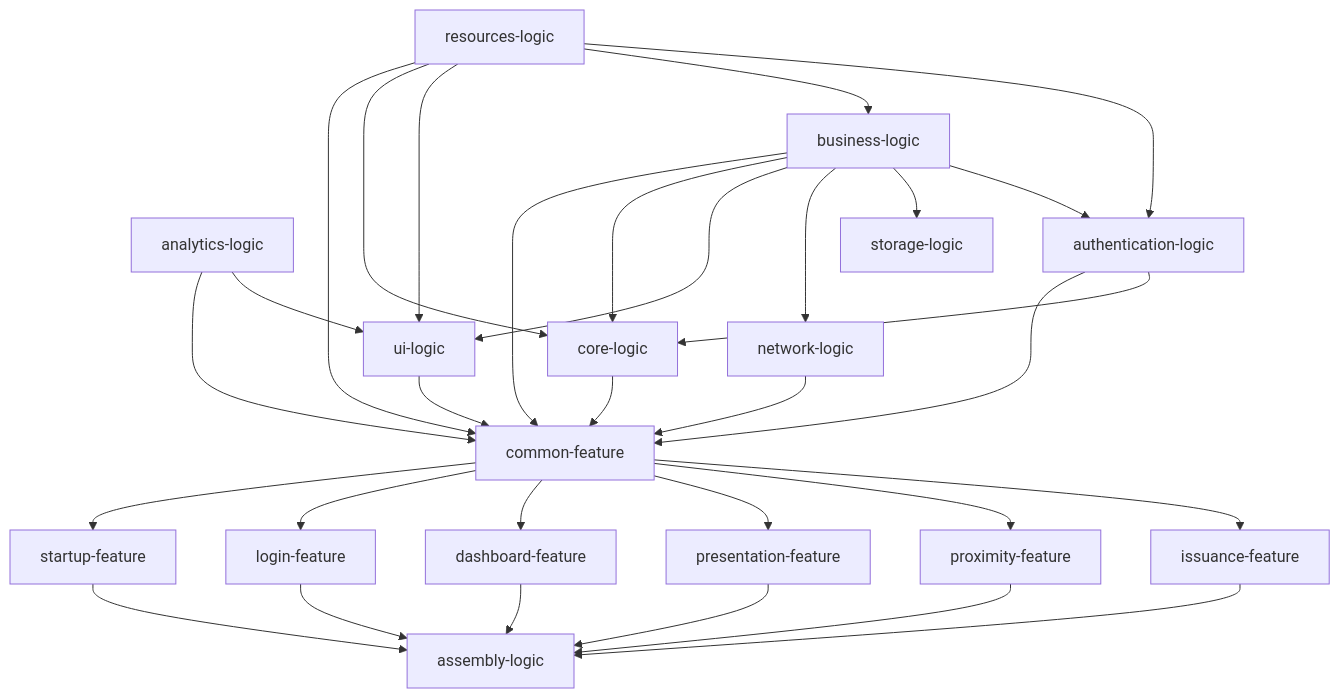
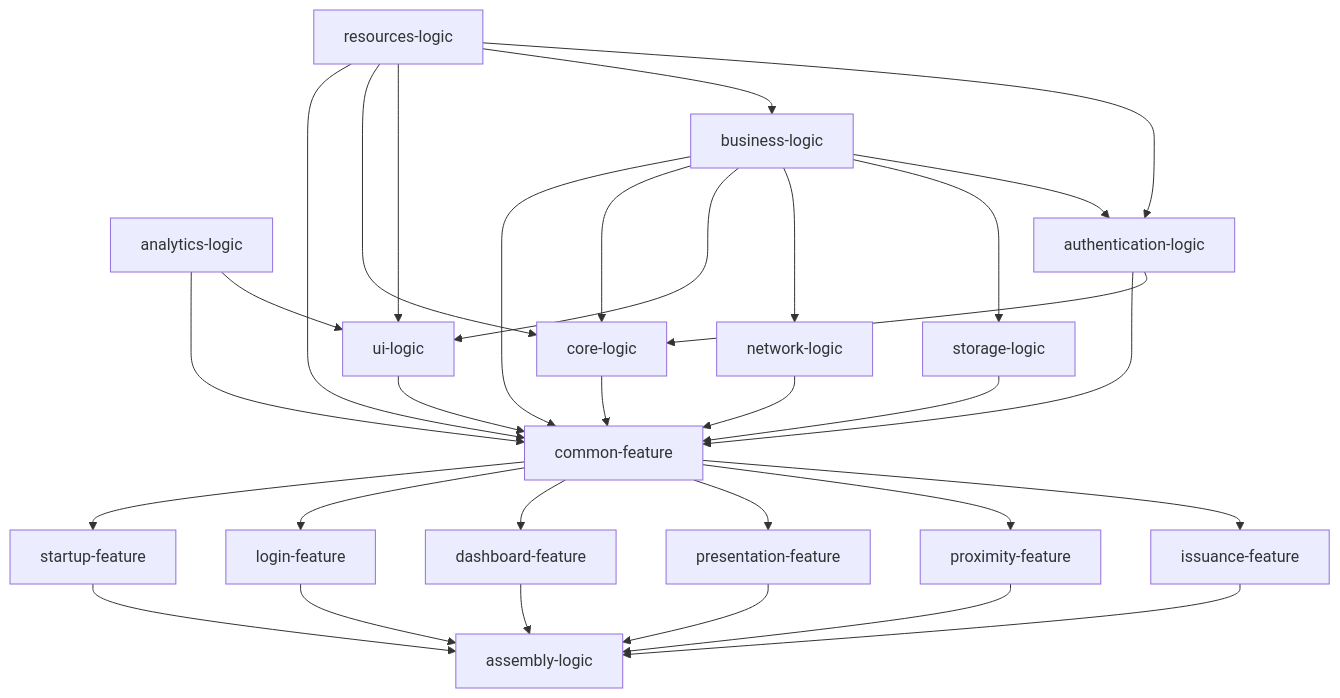
One commit to eu-digital-identity-wallet/eudi-app-android-wallet-ui changed the diagram in README.md. Above: the diagram before and after it, drawn with Mermaid.

````diff
--- a/README.md
+++ b/README.md
@@ -221,41 +221,42 @@
 ```mermaid
 graph TD;
   startup-feature --> assembly-logic
   login-feature --> assembly-logic
   dashboard-feature --> assembly-logic
   presentation-feature --> assembly-logic
   proximity-feature --> assembly-logic
   issuance-feature --> assembly-logic
 
   common-feature --> startup-feature
   common-feature --> login-feature
   common-feature --> dashboard-feature
   common-feature --> presentation-feature
   common-feature --> proximity-feature
   common-feature --> issuance-feature
 
   business-logic -->common-feature
   ui-logic -->common-feature
   network-logic -->common-feature
   resources-logic -->common-feature
   analytics-logic -->common-feature 
   authentication-logic -->common-feature 
-  core-logic -->common-feature 
+  core-logic -->common-feature
+  storage-logic -->common-feature 
 
   business-logic -->core-logic
   resources-logic -->core-logic
   authentication-logic -->core-logic
 
   business-logic -->ui-logic
   resources-logic -->ui-logic
   analytics-logic -->ui-logic
 
   business-logic -->network-logic
   
   business-logic -->storage-logic
 
   resources-logic -->business-logic
 
   resources-logic --> authentication-logic
   business-logic --> authentication-logic
 ```
````
